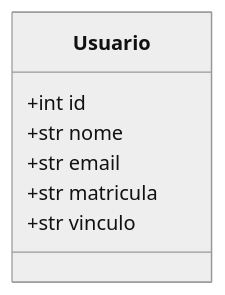
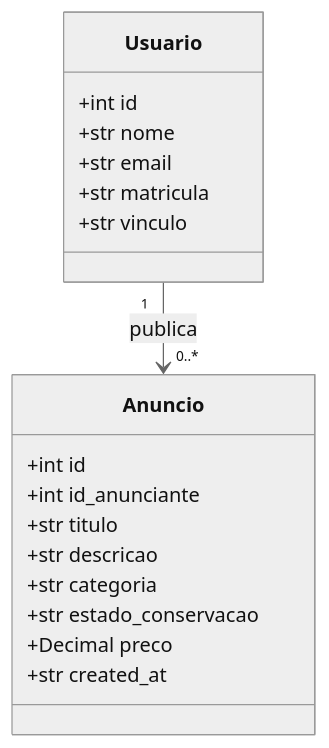
The diagram in infra/db/README.md (xXeverton/classificados-puc), drawn with Mermaid (neutral theme) before and after one commit. The commit also changed other lines of this file and 6 other files, not shown here.

````diff
--- a/infra/db/README.md
+++ b/infra/db/README.md
@@ -8,10 +11,21 @@
 ```mermaid
 classDiagram
     class Usuario {
         +int id
         +str nome
         +str email
         +str matricula
         +str vinculo
     }
+    class Anuncio {
+        +int id
+        +int id_anunciante
+        +str titulo
+        +str descricao
+        +str categoria
+        +str estado_conservacao
+        +Decimal preco
+        +str created_at
+    }
+    Usuario "1" --> "0..*" Anuncio : publica
 ```
````
